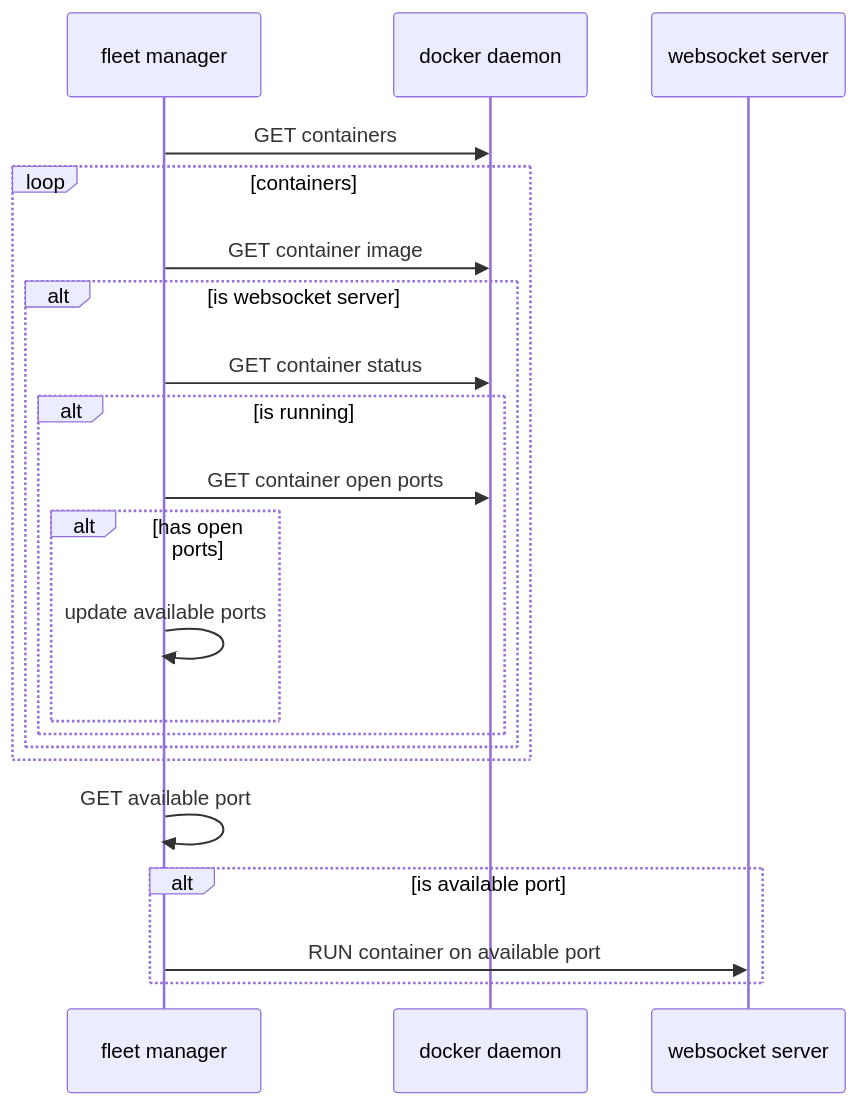
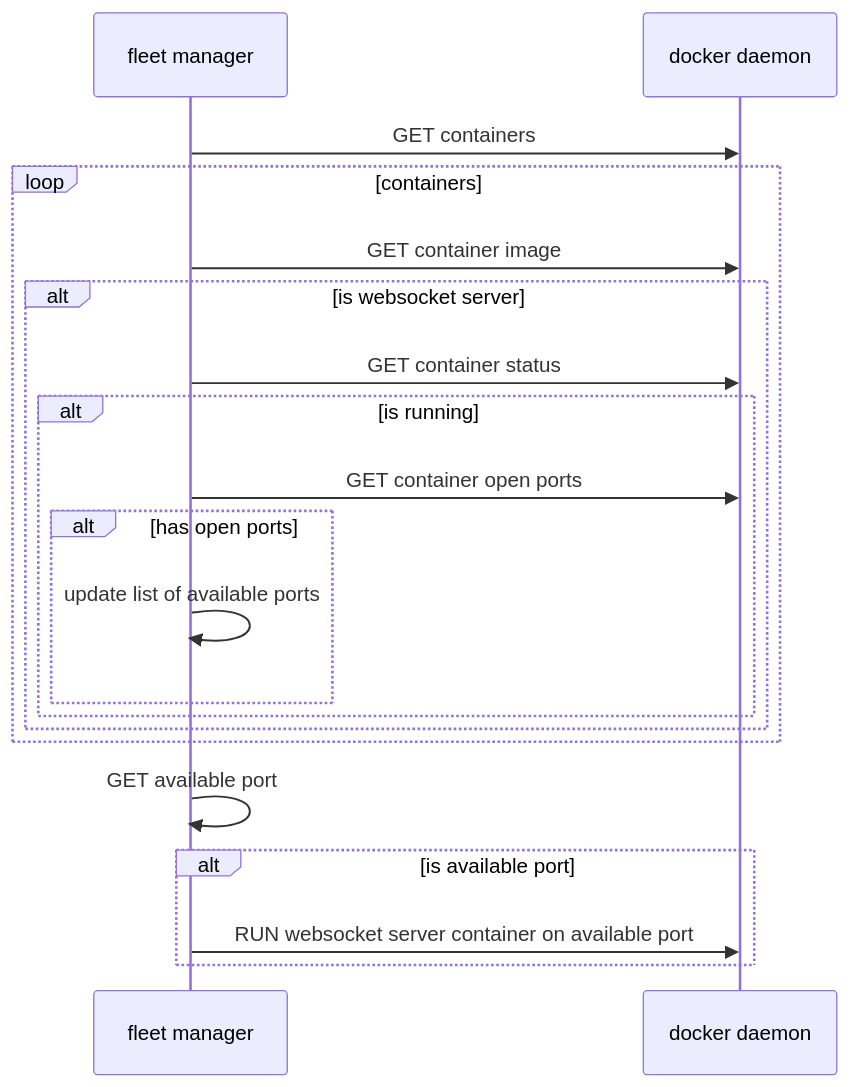
The seventh of 7 diagrams in README.md (AdrKacz/super-duper-guacamole), drawn with Mermaid before and after one commit. The commit also changed other lines of this file, not shown here.

Commit message:
UPDATE graph

````diff
--- a/README.md
+++ b/README.md
@@ -180,24 +182,23 @@
 ```mermaid
 sequenceDiagram
     participant f as fleet manager
     participant dd as docker daemon
-    participant w as websocket server
     f ->> dd: GET containers
     loop containers
         f ->> dd: GET container image
         alt is websocket server
             f ->> dd: GET container status
             alt is running
                 f ->> dd: GET container open ports
                 alt has open ports
-                    f ->> f: update available ports
+                    f ->> f: update list of available ports
                 end
             end
         end
     end
 
     f ->> f: GET available port
     alt is available port
-        f ->> w: RUN container on available port
+        f ->> dd: RUN websocket server container on available port
     end
 ```
````
